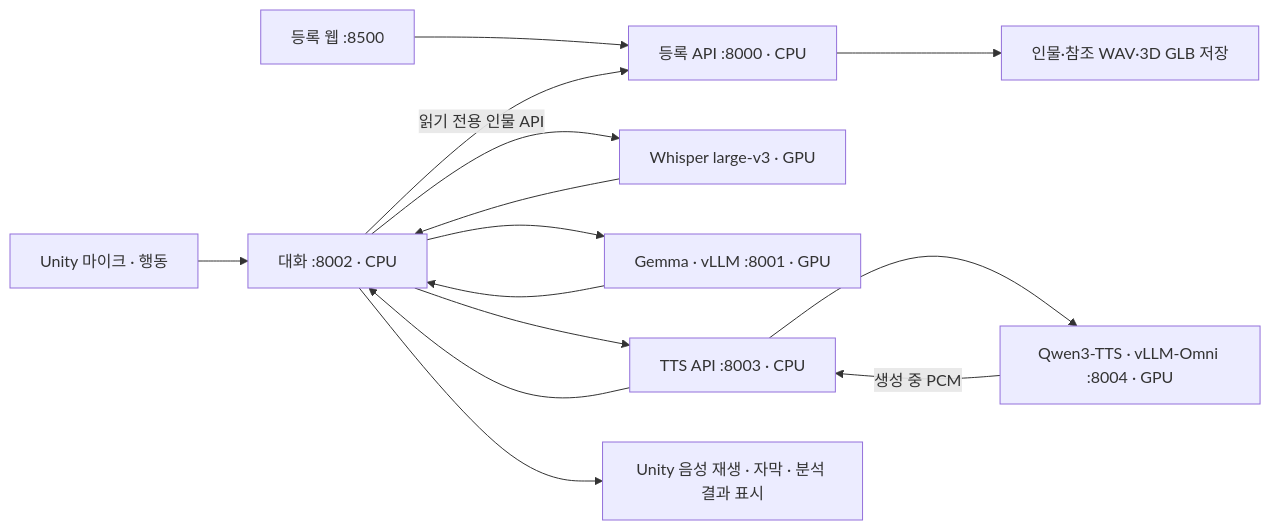
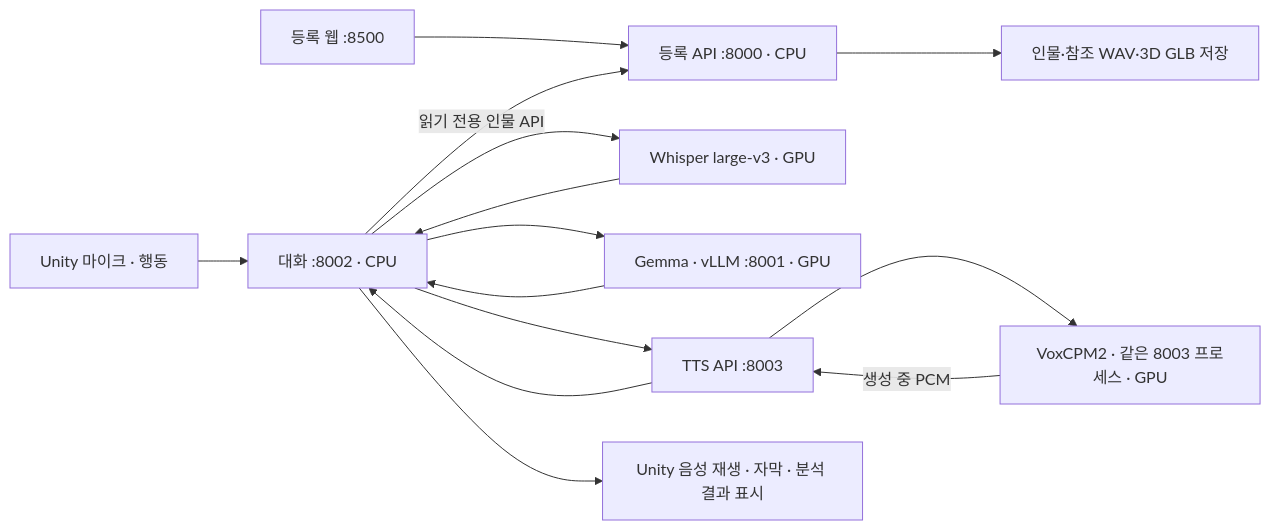
The diagram in docs/서버_음성대화_구조.md (yunji009990/Capstone-Design), drawn with Mermaid before and after one commit. The commit also changed other lines of this file and 44 other files, not shown here.

````diff
--- a/docs/서버_음성대화_구조.md
+++ b/docs/서버_음성대화_구조.md
@@ -35,16 +36,16 @@
 ```mermaid
 flowchart LR
     W[등록 웹 :8500] --> S[등록 API :8000 · CPU]
     S --> F[인물·참조 WAV·3D GLB 저장]
     U[Unity 마이크 · 행동] --> D[대화 :8002 · CPU]
     D -->|읽기 전용 인물 API| S
     D --> A[Whisper large-v3 · GPU]
     A --> D
     D --> L[Gemma · vLLM :8001 · GPU]
     L --> D
-    D --> T[TTS API :8003 · CPU]
-    T --> Q[Qwen3-TTS · vLLM-Omni :8004 · GPU]
+    D --> T[TTS API :8003]
+    T --> Q[VoxCPM2 · 같은 8003 프로세스 · GPU]
     Q -->|생성 중 PCM| T
     T --> D
     D --> P[Unity 음성 재생 · 자막 · 분석 결과 표시]
 ```
````
